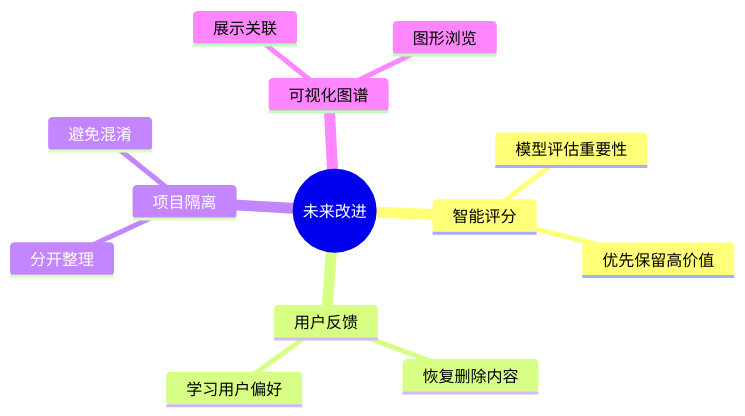
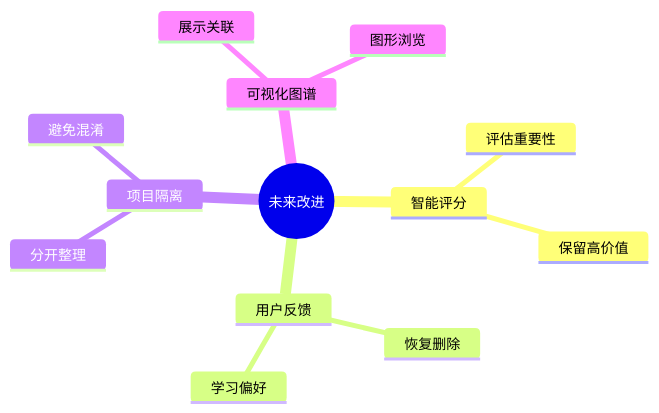
One commit to yufengyuanx/blog changed the tenth of 11 diagrams in docs/research/claude-code-auto-dream.md. Above: the diagram before and after it, drawn with Mermaid. The commit also changed other lines of this file, not shown here.

Commit message:
fix: 优化所有 Mermaid 图表文字显示（减小字体 + 简化文字 + 自动换行）

````diff
--- a/docs/research/claude-code-auto-dream.md
+++ b/docs/research/claude-code-auto-dream.md
@@ -601,17 +601,17 @@
 ```mermaid
-%%{init: {'theme': 'default', 'themeVariables': { 'fontSize': '16px', 'nodeBorder': '#2c3e50', 'clusterBkg': '#f8f9fa' }}}%%
+%%{init: {'theme': 'default', 'themeVariables': { 'fontSize': '14px', 'nodeBorder': '#2c3e50', 'clusterBkg': '#f8f9fa', 'nodeTextMargin': 4 }, 'flowchart': { 'curve': 'basis', 'padding': 20 }}}%%
 mindmap
   root((未来改进))
     智能评分
-      模型评估重要性
-      优先保留高价值
+      评估重要性
+      保留高价值
     用户反馈
-      恢复删除内容
-      学习用户偏好
+      恢复删除
+      学习偏好
     项目隔离
       分开整理
       避免混淆
     可视化图谱
       展示关联
       图形浏览
 ```
````
